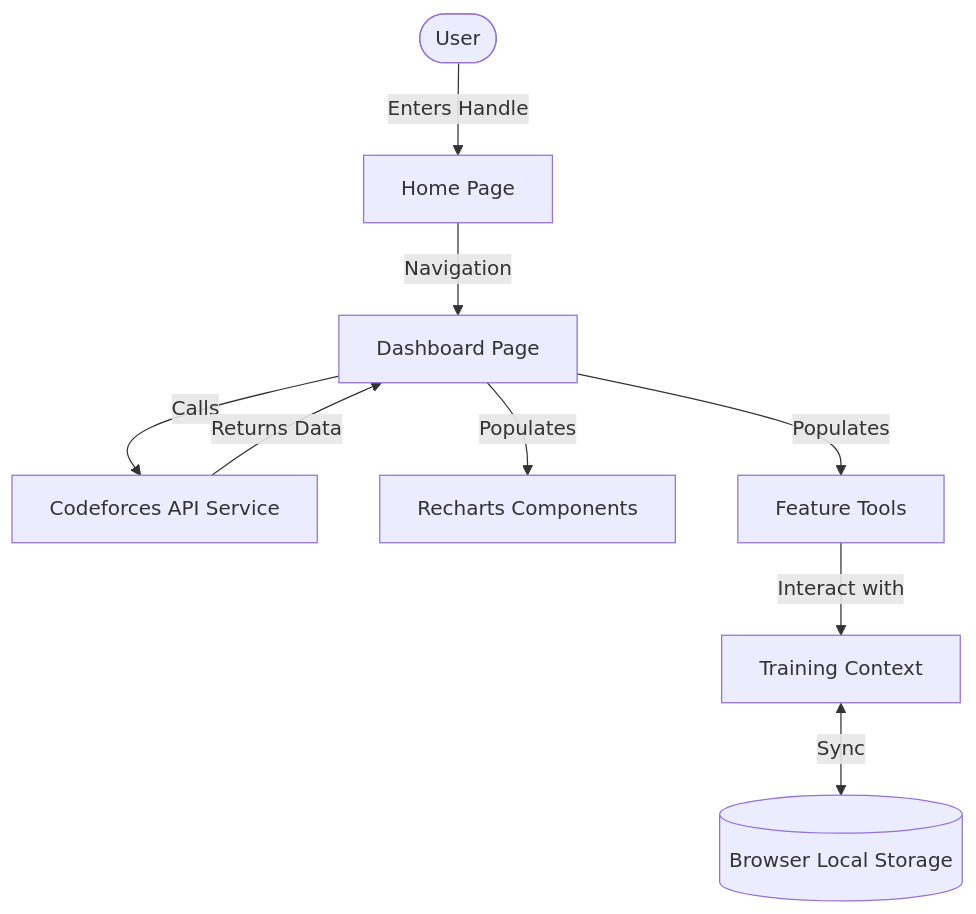
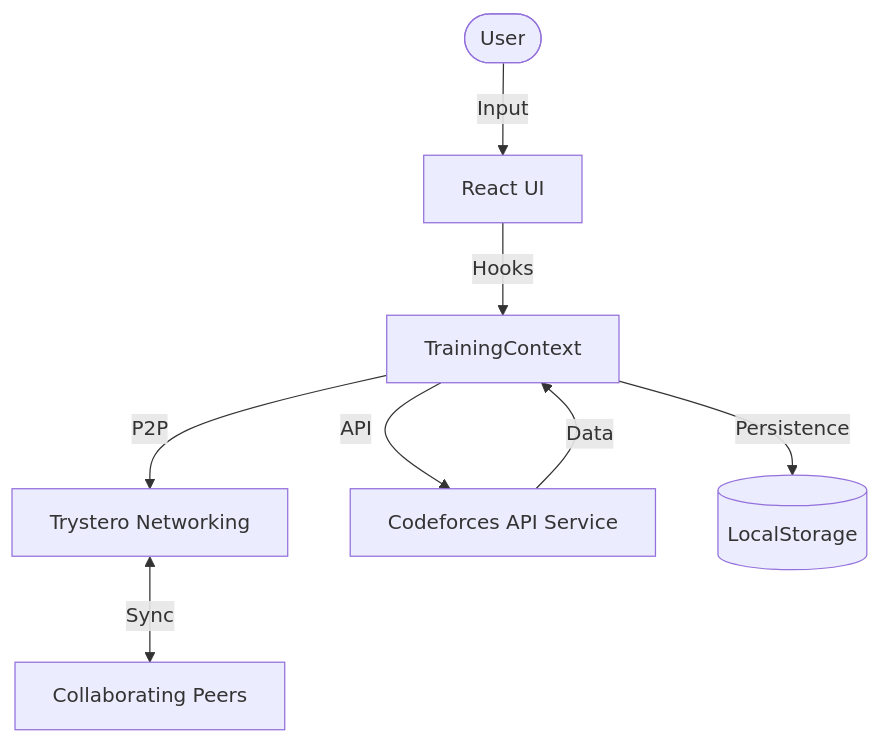
The diagram in README.md (Mudit946/CF-Visualizer), drawn with Mermaid before and after one commit. The commit also changed other lines of this file and 6 other files, not shown here.

````diff
--- a/README.md
+++ b/README.md
@@ -76,11 +50,10 @@
 ```mermaid
 graph TD
-    User([User]) -->|Enters Handle| Home[Home Page]
-    Home -->|Navigation| Dashboard[Dashboard Page]
-    Dashboard -->|Calls| API[Codeforces API Service]
-    API -->|Returns Data| Dashboard
-    Dashboard -->|Populates| Charts[Recharts Components]
-    Dashboard -->|Populates| Tools[Feature Tools]
-    Tools -->|Interact with| Context[Training Context]
-    Context <-->|Sync| LocalStorage[(Browser Local Storage)]
+    User([User]) -->|Input| UI[React UI]
+    UI -->|Hooks| Context[TrainingContext]
+    Context -->|P2P| P2P[Trystero Networking]
+    Context -->|API| CF_API[Codeforces API Service]
+    Context -->|Persistence| Storage[(LocalStorage)]
+    CF_API -->|Data| Context
+    P2P <-->|Sync| Peers[Collaborating Peers]
 ```
````
